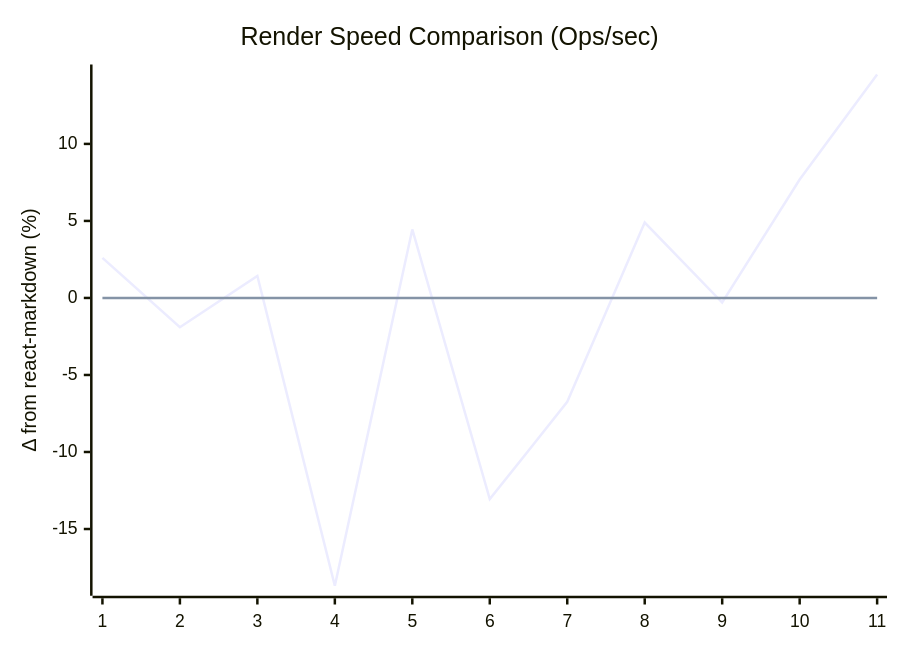
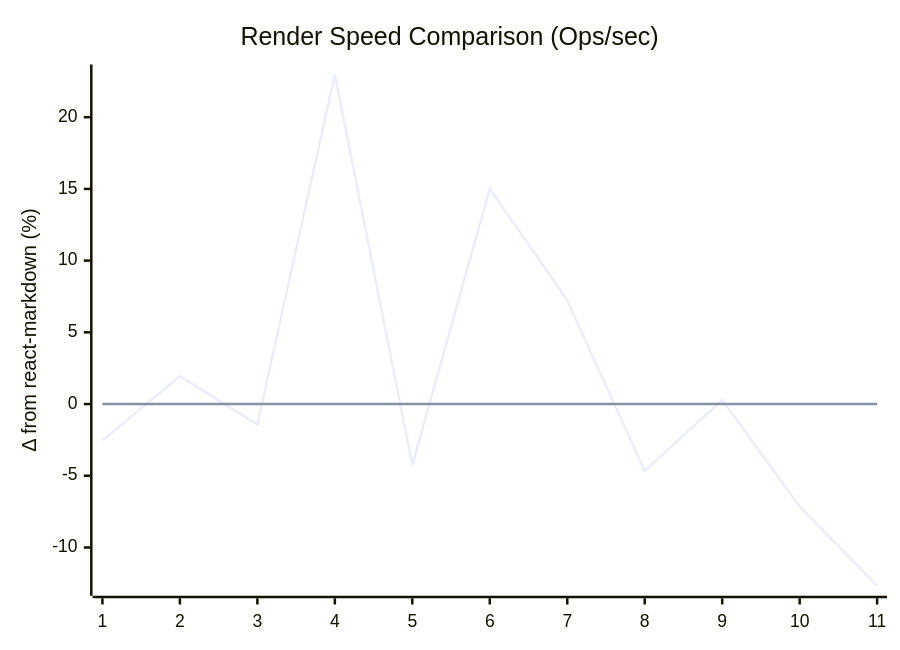
The fourth of 6 diagrams in benchmark-logs/benchmark_2025-07-16T03_03_26.000Z.md (md2docx/react-markdown), drawn with Mermaid before and after one commit. The commit also changed other lines of this file and 2 other files, not shown here.

```diff
--- a/benchmark-logs/benchmark_2025-07-16T03_03_26.000Z.md
+++ b/benchmark-logs/benchmark_2025-07-16T03_03_26.000Z.md
@@ -139,8 +139,8 @@
 ~~~mermaid
 xychart-beta
     title "Render Speed Comparison (Ops/sec)"
     x-axis ["1", "2", "3", "4", "5", "6", "7", "8", "9", "10", "11"]
     y-axis "Δ from react-markdown (%)"
-    line [2.6042905075413074, -1.8970445212999782, 1.4286740126347661, -18.68311362067747, 4.447145914474586, -13.060253096701071, -6.745961453925981, 4.897265750542659, -0.2963916457704525, 7.688910461260434, 14.505439679148207]  %% difference percent
+    line [-2.5381887001595658, 1.9337282062943169, -1.4085504188458573, 22.975687403383244, -4.2577955343232485, 15.022189000880907, 7.233961723376734, -4.6686305076710966, 0.2972727373290489, -7.1399278053114035, -12.667904441739541]  %% difference percent
     line [0, 0, 0, 0, 0, 0, 0, 0, 0, 0, 0]  %% Zero line
 ~~~
```
